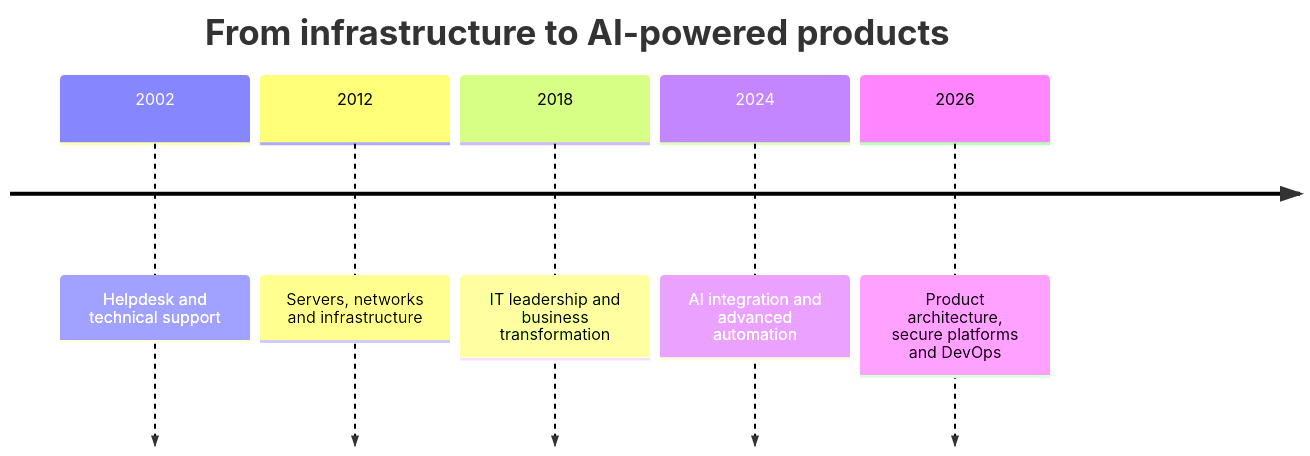
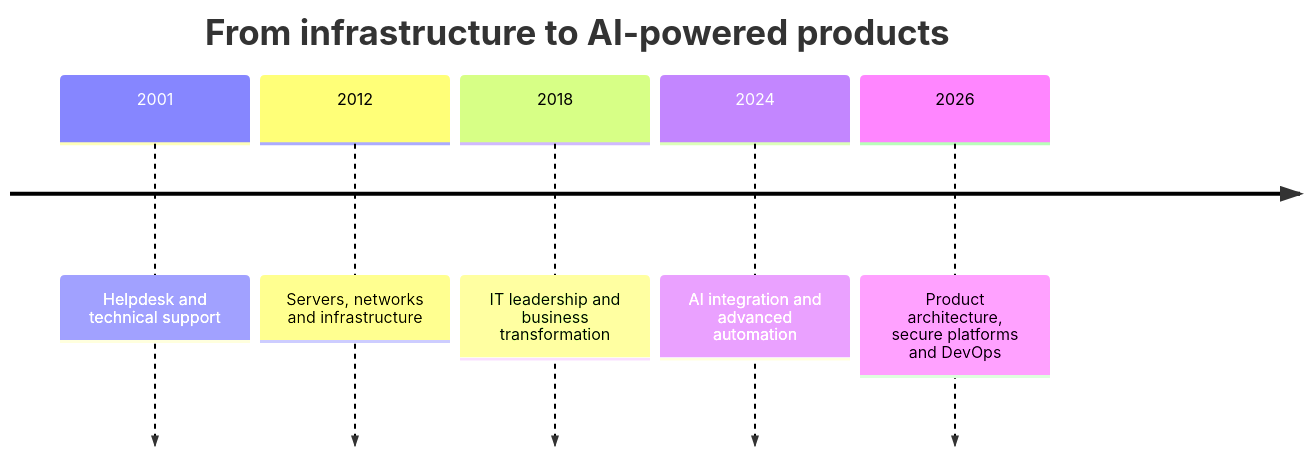
One commit to MrFabioArias/MrFabioArias changed the diagram in README.md. Above: the diagram before and after it, drawn with Mermaid. The commit also changed other lines of this file, not shown here.

````diff
--- a/README.md
+++ b/README.md
@@ -74,9 +74,9 @@
 ```mermaid
 timeline
     title From infrastructure to AI-powered products
-    2002 : Helpdesk and technical support
+    2001 : Helpdesk and technical support
     2012 : Servers, networks and infrastructure
     2018 : IT leadership and business transformation
     2024 : AI integration and advanced automation
     2026 : Product architecture, secure platforms and DevOps
 ```
````
